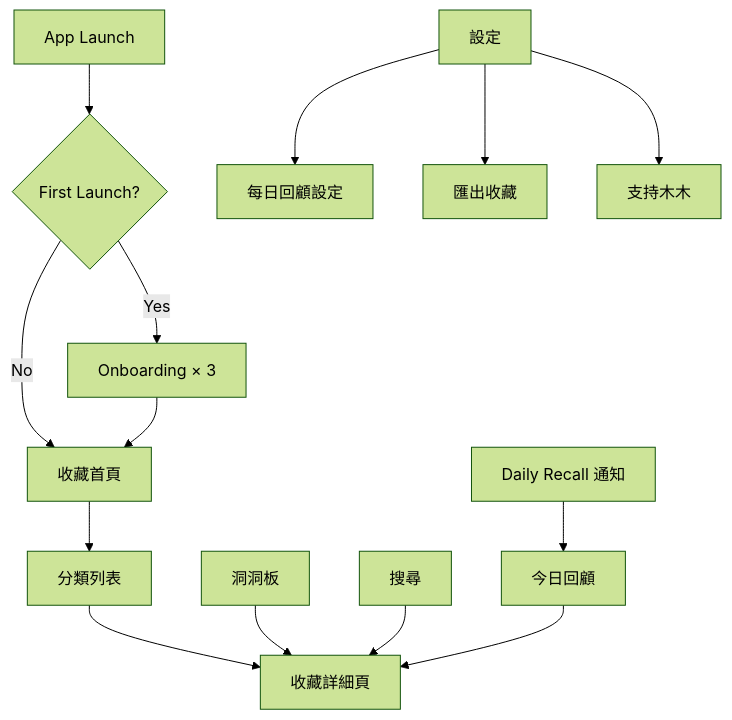
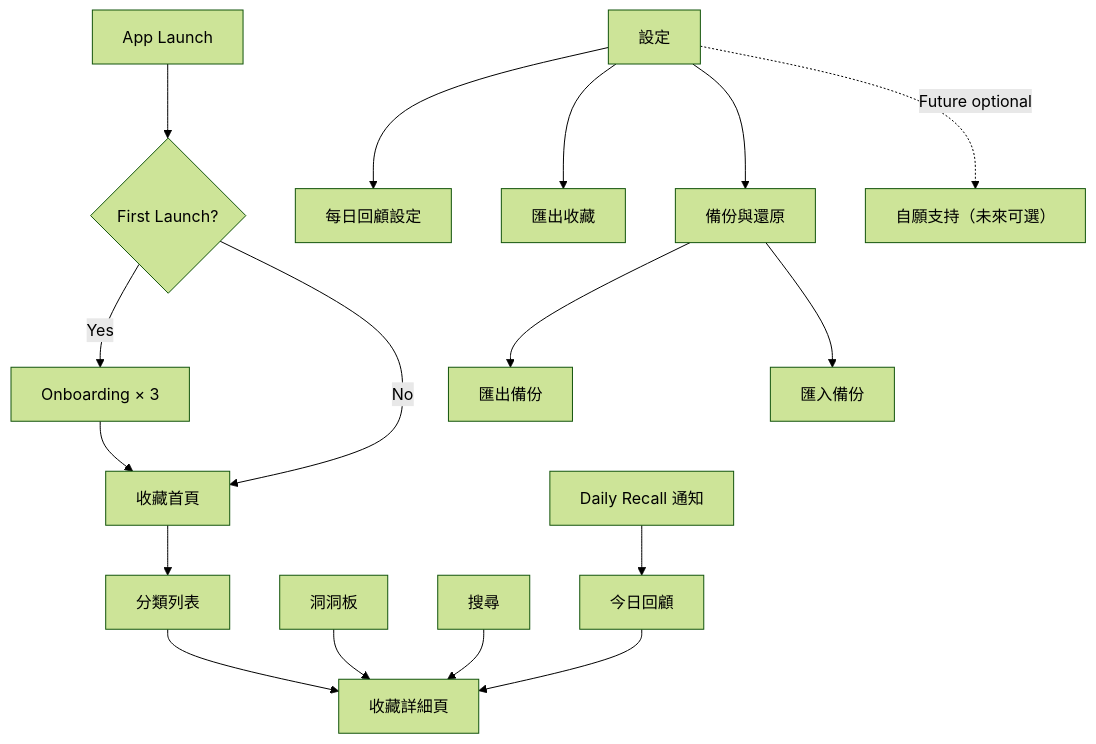
One commit to mumuworks/dengdengkan changed the diagram in docs/等等看_Design_Spec_v1.0.md. Above: the diagram before and after it, drawn with Mermaid (forest theme). The commit also changed other lines of this file and 6 other files, not shown here.

````diff
--- a/docs/等等看_Design_Spec_v1.0.md
+++ b/docs/等等看_Design_Spec_v1.0.md
@@ -508,16 +526,19 @@
 ```mermaid
 flowchart TD
     A["App Launch"] --> B{"First Launch?"}
     B -->|Yes| C["Onboarding × 3"]
     B -->|No| D["收藏首頁"]
     C --> D
     D --> E["分類列表"]
     E --> F["收藏詳細頁"]
     G["洞洞板"] --> F
     H["搜尋"] --> F
     I["設定"] --> J["每日回顧設定"]
     I --> K["匯出收藏"]
-    I --> L["支持木木"]
+    I --> O["備份與還原"]
+    O --> P["匯出備份"]
+    O --> Q["匯入備份"]
+    I -. Future optional .-> L["自願支持（未來可選）"]
     M["Daily Recall 通知"] --> N["今日回顧"]
     N --> F
 ```
````
